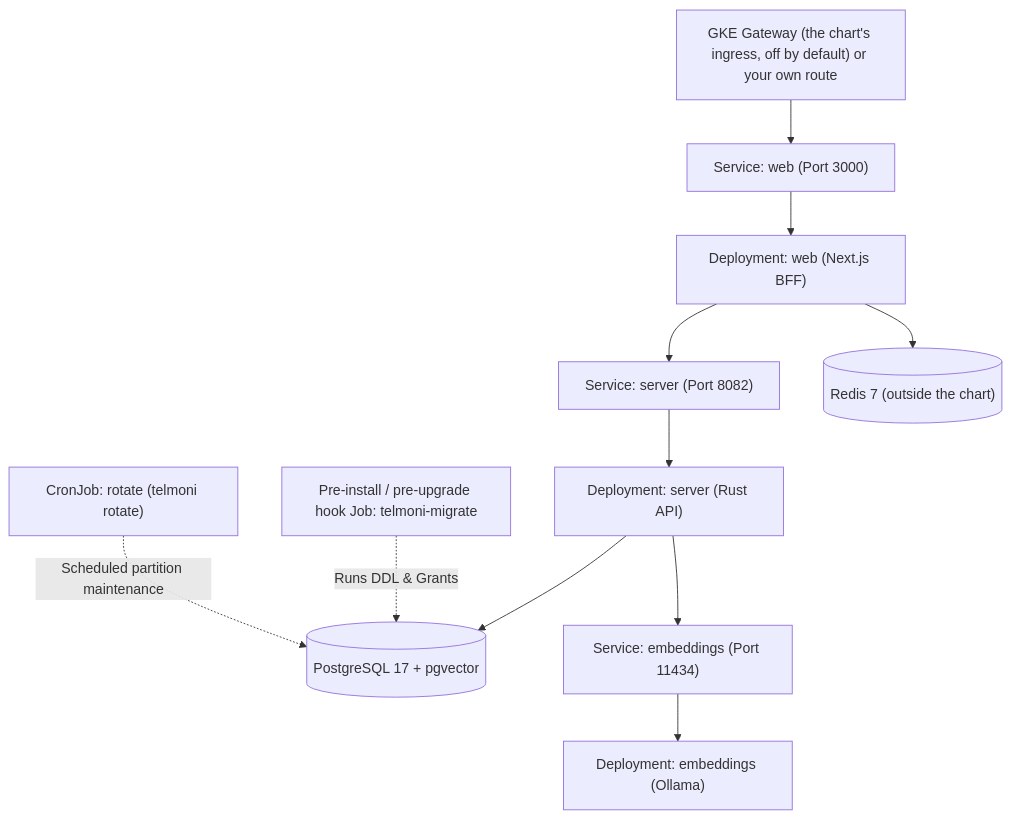
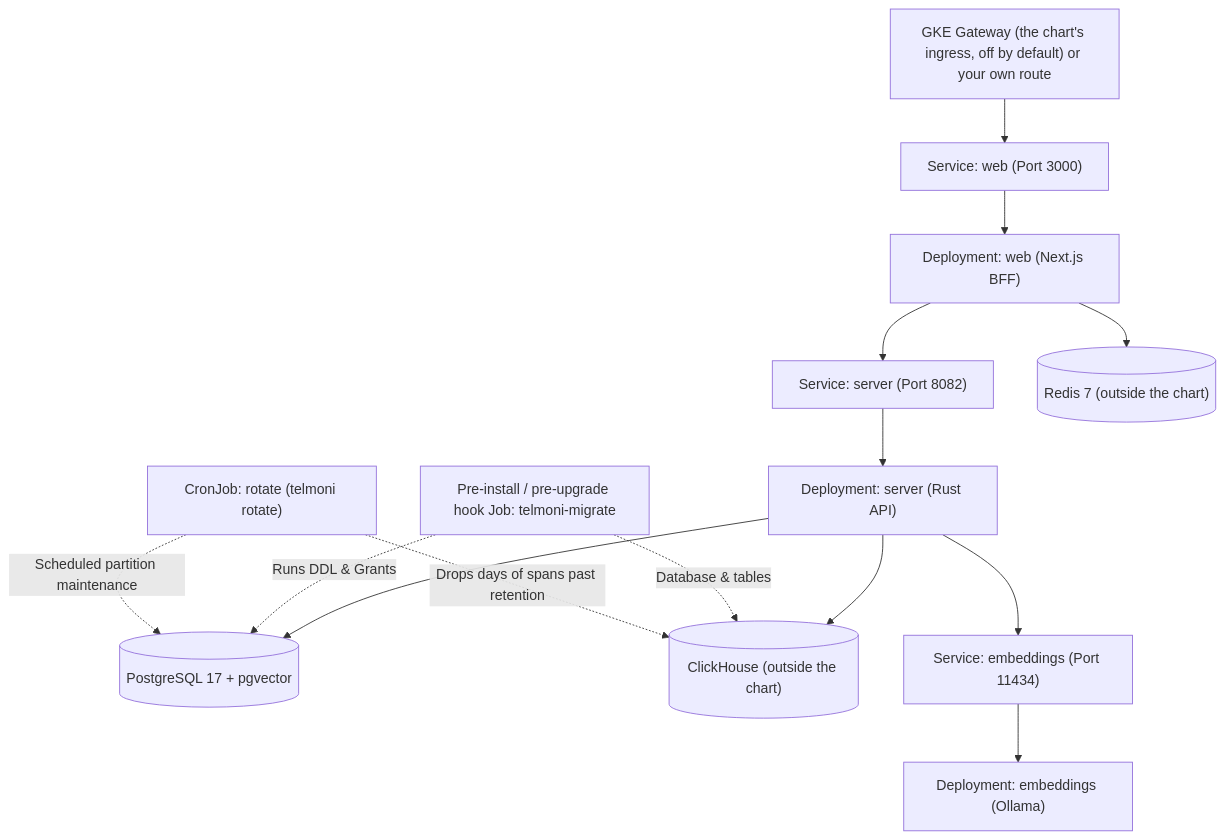
The diagram in web/content/docs/self-host/kubernetes.mdx (telmoni/telmoni), drawn with Mermaid before and after one commit. The commit also changed other lines of this file and 110 other files, not shown here.

First line of the commit message:
feat(telemetry): add the telemetry module, its spans in ClickHouse

````diff
--- a/web/content/docs/self-host/kubernetes.mdx
+++ b/web/content/docs/self-host/kubernetes.mdx
@@ -10,17 +10,20 @@
 ```mermaid
 flowchart TD
     Ingress["GKE Gateway (the chart's ingress, off by default) or your own route"] --> WebSvc["Service: web (Port 3000)"]
     WebSvc --> WebPods["Deployment: web (Next.js BFF)"]
 
     WebPods --> ServerSvc["Service: server (Port 8082)"]
     ServerSvc --> ServerPods["Deployment: server (Rust API)"]
 
     WebPods --> Redis[("Redis 7 (outside the chart)")]
 
     ServerPods --> Postgres[("PostgreSQL 17 + pgvector")]
+    ServerPods --> ClickHouse[("ClickHouse (outside the chart)")]
     ServerPods --> EmbeddingsSvc["Service: embeddings (Port 11434)"]
     EmbeddingsSvc --> EmbeddingsPod["Deployment: embeddings (Ollama)"]
 
     HookJob["Pre-install / pre-upgrade hook Job: telmoni-migrate"] -.->|Runs DDL & Grants| Postgres
+    HookJob -.->|Database & tables| ClickHouse
     RotateCron["CronJob: rotate (telmoni rotate)"] -.->|Scheduled partition maintenance| Postgres
+    RotateCron -.->|Drops days of spans past retention| ClickHouse
 ```
````
